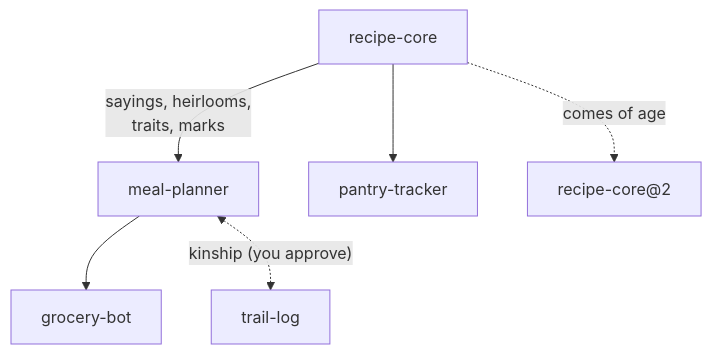
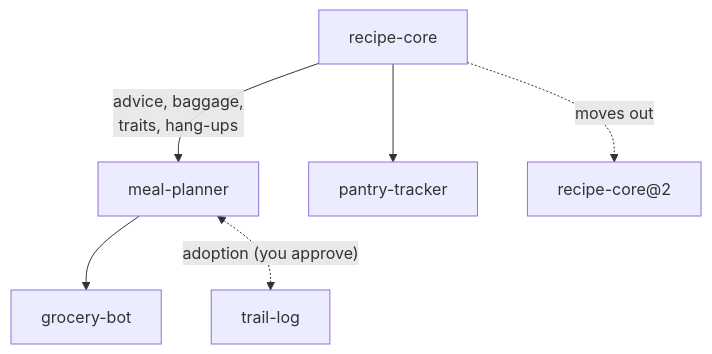
Before and after one commit to TheHaymaker/Ensemble-of-memories: the fourth of 5 diagrams in README.md, drawn with Mermaid. The commit also changed other lines of this file and 53 other files, not shown here.

````diff
--- a/README.md
+++ b/README.md
@@ -130,8 +132,8 @@
 ```mermaid
 flowchart TB
-    RC["recipe-core"] -->|sayings, heirlooms,<br/>traits, marks| MP["meal-planner"]
+    RC["recipe-core"] -->|advice, baggage,<br/>traits, hang-ups| MP["meal-planner"]
     RC --> PT["pantry-tracker"]
     MP --> GB["grocery-bot"]
-    RC -. comes of age .-> RC2["recipe-core@2"]
-    MP <-. "kinship (you approve)" .-> TL["trail-log"]
+    RC -. moves out .-> RC2["recipe-core@2"]
+    MP <-. "adoption (you approve)" .-> TL["trail-log"]
 ```
````
